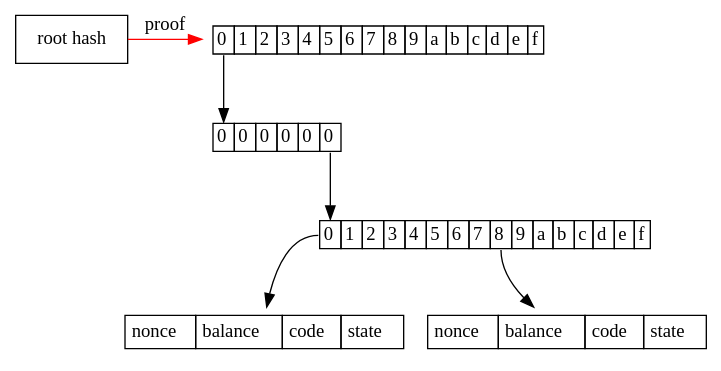
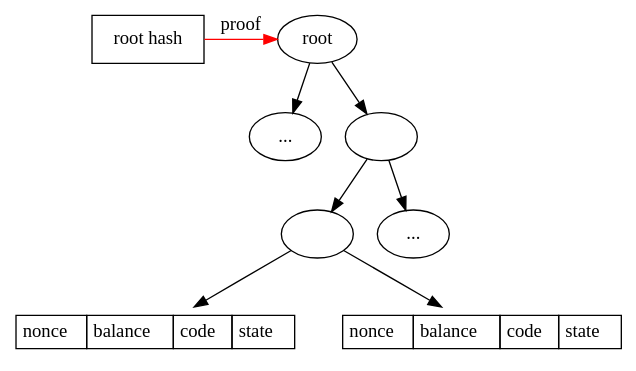
Before and after one commit to gballet/presentations: the diagram in ethcc20/proofstage.dot, drawn with Graphviz. The commit also changed 6 other files, not shown here.

```diff
--- a/ethcc20/proofstage.dot
+++ b/ethcc20/proofstage.dot
@@ -1,18 +1,26 @@
 digraph D {
-        root [label="root hash",shape=rect]
+{
+rank=same;
+        oroot [label="root hash",shape=rect]
+	root
+}
+    	l [label="..."]
+    	r [label=""] 
+	rl [label=""]
+	rr [label="..."] 
+	{
+        	rank=same;
+		sleaf00000000 [shape=none,margin=0,label=<<table border="0" cellborder="1" cellspacing="0" cellpadding="4"><tr><td port="0">nonce</td><td port="balanceto">balance</td><td>code</td><td>state</td></tr></table>>]
+		sleaf00000008 [shape=none,margin=0,label=<<table border="0" cellborder="1" cellspacing="0" cellpadding="4"><tr><td port="0">nonce</td><td port="balancefrom">balance</td><td>code</td><td>state</td></tr></table>>]
+	}
 
-sbranch [shape=none,label=<<table border="0" cellborder="1" cellspacing="0"><tr><td port="0">0</td><td port="1">1</td><td port="2">2</td><td port="3">3</td><td port="4">4</td><td port="5">5</td><td port="6">6</td><td port="7">7</td><td port="8">8</td><td port="9">9</td><td port="10">a</td><td port="11">b</td><td port="12">c</td><td port="13">d</td><td port="14">e</td><td port="15">f</td></tr></table>>]
-    	sbranch0000000 [shape=none,label=<<table border="0" cellborder="1" cellspacing="0"><tr><td port="0">0</td><td port="1">1</td><td port="2">2</td><td port="3">3</td><td port="4">4</td><td port="5">5</td><td port="6">6</td><td port="7">7</td><td port="8">8</td><td port="9">9</td><td port="10">a</td><td port="11">b</td><td port="12">c</td><td port="13">d</td><td port="14">e</td><td port="15">f</td></tr></table>>]
-	    sleaf00000000 [shape=none,margin=0,label=<<table border="0" cellborder="1" cellspacing="0" cellpadding="4"><tr><td port="0">nonce</td><td>balance</td><td>code</td><td>state</td></tr></table>>]
-	    sleaf00000008 [shape=none,margin=0,label=<<table border="0" cellborder="1" cellspacing="0" cellpadding="4"><tr><td port="0">nonce</td><td>balance</td><td>code</td><td>state</td></tr></table>>]
-	    sextension0 [shape=none,label=<<table border="0" cellspacing="0" cellborder="1"><tr><td port="0">0</td><td port="1">0</td><td port="2">0</td><td port="3">0</td><td port="4">0</td><td port="5">0</td></tr></table>>]
-
-        sbranch:0 -> sextension0:0
-        sextension0:5 -> sbranch0000000:0
-        sbranch0000000:0 -> sleaf00000000
-        sbranch0000000:8 -> sleaf00000008
-        
-        
-        {rank=same; root; sbranch}
-        root -> sbranch [label="proof",color=red]
+        root -> l
+        root -> r
+        r -> rl
+        r -> rr
+        rl -> sleaf00000000
+        rl -> sleaf00000008
+       
+        oroot -> root [label="proof",color=red]
+        sleaf00000000 -> sleaf00000008 [style=invis]
     }
```
